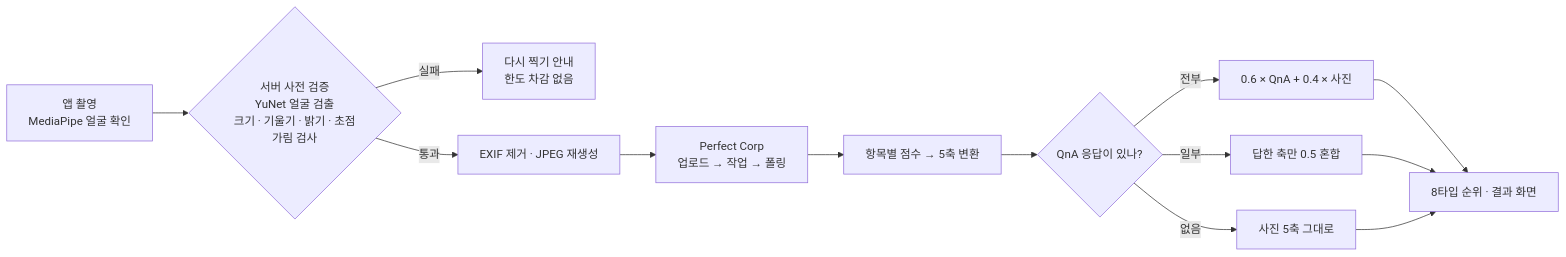
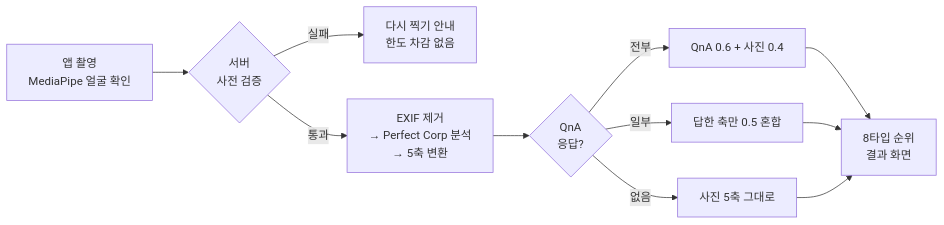
The third of 9 diagrams in docs/architecture/diagrams.md (EunSeong-Jo/capstone), drawn with Mermaid before and after one commit. The commit also changed other lines of this file and 1 other file, not shown here.

````diff
--- a/docs/architecture/diagrams.md
+++ b/docs/architecture/diagrams.md
@@ -101,15 +101,11 @@
 ```mermaid
 flowchart LR
-    CAM["앱 촬영<br/>MediaPipe 얼굴 확인"] --> GATE{"서버 사전 검증<br/>YuNet 얼굴 검출<br/>크기 · 기울기 · 밝기 · 초점<br/>가림 검사"}
+    CAM["앱 촬영<br/>MediaPipe 얼굴 확인"] --> GATE{"서버<br/>사전 검증"}
     GATE -- 실패 --> RETRY["다시 찍기 안내<br/>한도 차감 없음"]
-    GATE -- 통과 --> CLEAN["EXIF 제거 · JPEG 재생성"]
-    CLEAN --> PC["Perfect Corp<br/>업로드 → 작업 → 폴링"]
-    PC --> AXES["항목별 점수 → 5축 변환"]
-    AXES --> MIX{"QnA 응답이 있나?"}
-    MIX -- 전부 --> M1["0.6 × QnA + 0.4 × 사진"]
+    GATE -- 통과 --> PC["EXIF 제거<br/>→ Perfect Corp 분석<br/>→ 5축 변환"]
+    PC --> MIX{"QnA<br/>응답?"}
+    MIX -- 전부 --> M1["QnA 0.6 + 사진 0.4"]
     MIX -- 일부 --> M2["답한 축만 0.5 혼합"]
     MIX -- 없음 --> M3["사진 5축 그대로"]
-    M1 --> RANK["8타입 순위 · 결과 화면"]
-    M2 --> RANK
-    M3 --> RANK
+    M1 & M2 & M3 --> RANK["8타입 순위<br/>결과 화면"]
 ```
````
